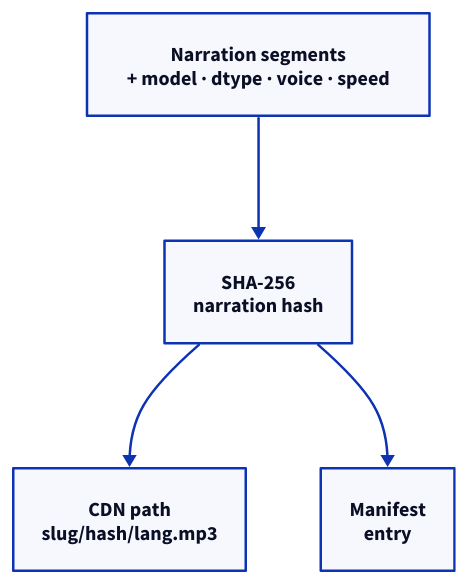
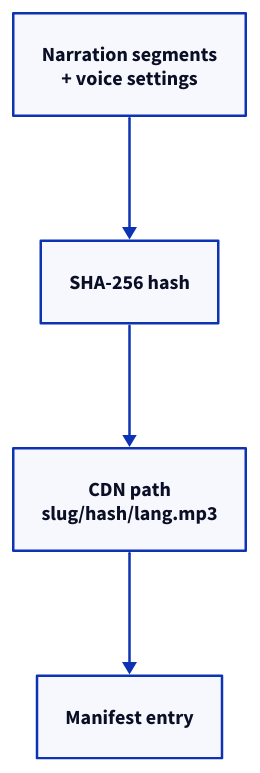
The third of 7 diagrams in src/content/blog/blog-audio-player.md (g-savitha/gsavitha.in), drawn with D2 before and after one commit. The commit also changed other lines of this file and 11 other files, not shown here.

````diff
--- a/src/content/blog/blog-audio-player.md
+++ b/src/content/blog/blog-audio-player.md
@@ -224,10 +197,8 @@
 ```d2
 direction: down
-INPUTS: "Narration segments\n+ model · dtype · voice · speed" {class: content}
-HASH: "SHA-256\nnarration hash" {class: royal}
+IN: "Narration segments\n+ voice settings" {class: content}
+HASH: "SHA-256 hash" {class: royal}
 URL: "CDN path\nslug/hash/lang.mp3" {class: violet}
-ENTRY: "Manifest\nentry" {class: emerald}
-INPUTS -> HASH
-HASH -> URL
-HASH -> ENTRY
+ENTRY: "Manifest entry" {class: emerald}
+IN -> HASH -> URL -> ENTRY
 ```
````
